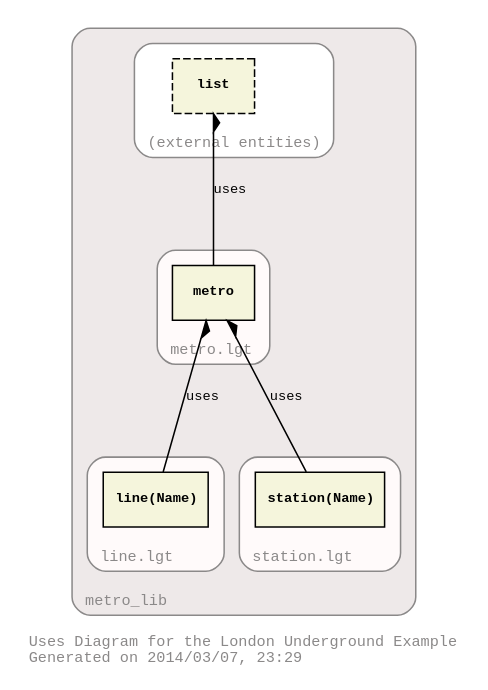
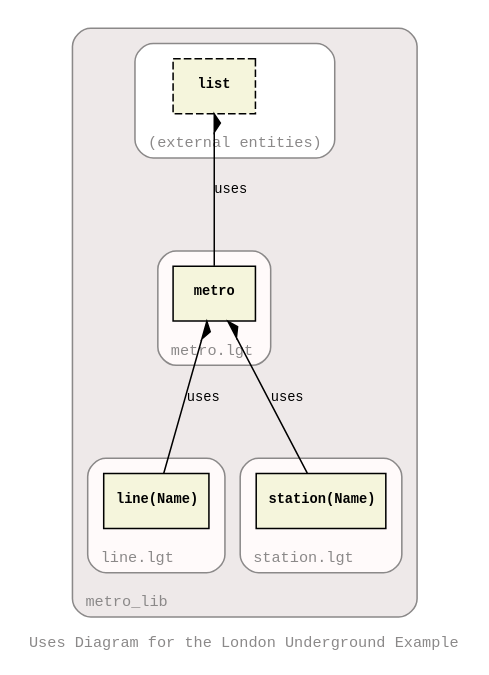
Before and after one commit to java-prolog-connectivity/jpc.examples: the diagram in src/main/resources/org/jpc/examples/metro/dot_diagrams/metro_lib_uses_diagram.dot, drawn with Graphviz. The commit also changed 2 other files, not shown here.

```diff
--- a/src/main/resources/org/jpc/examples/metro/dot_diagrams/metro_lib_uses_diagram.dot
+++ b/src/main/resources/org/jpc/examples/metro/dot_diagrams/metro_lib_uses_diagram.dot
@@ -1,89 +1,89 @@
 digraph metro_lib {
 rankdir="BT"
 ranksep="1.25"
 compound="true"
 splines="true"
 pack="true"
 clusterrank="local"
 labeljust="l"
 margin="1.0"
 fontname="Courier"
 fontsize="10"
 fontcolor="snow4"
 pencolor="snow4"
 node [shape="ellipse",style="filled",fillcolor="white",fontname="Courier",fontsize="9"]
 edge [fontname="Courier",fontsize="9"]
-label="Uses Diagram for the London Underground Example\lGenerated on 2014/03/07, 23:29\l"
+label="Uses Diagram for the London Underground Example\l"
 
 subgraph "cluster_library_metro_lib" {
 tooltip="/Users/sergioc/Documents/workspaces/heal/jpc_examples/src/main/resources/org/jpc/examples/metro/"
 bgcolor="snow2"
 style="rounded"
 margin="10"
 label="metro_lib"
 subgraph "cluster_file_/Users/sergioc/Documents/workspaces/heal/jpc_examples/src/main/resources/org/jpc/examples/metro/generate_docs.lgt" {
 tooltip="/Users/sergioc/Documents/workspaces/heal/jpc_examples/src/main/resources/org/jpc/examples/metro/generate_docs.lgt"
 bgcolor="snow"
 style="rounded"
 margin="10"
 label="generate_docs.lgt"
 }
 
 subgraph "cluster_file_/Users/sergioc/Documents/workspaces/heal/jpc_examples/src/main/resources/org/jpc/examples/metro/metro.lgt" {
 tooltip="/Users/sergioc/Documents/workspaces/heal/jpc_examples/src/main/resources/org/jpc/examples/metro/metro.lgt"
 bgcolor="snow"
 style="rounded"
 margin="10"
 label="metro.lgt"
 "metro" [shape="box",tooltip="prototype",style="filled",fillcolor="beige",label=<<B>metro</B>>]
 }
 
 subgraph "cluster_file_/Users/sergioc/Documents/workspaces/heal/jpc_examples/src/main/resources/org/jpc/examples/metro/station.lgt" {
 tooltip="/Users/sergioc/Documents/workspaces/heal/jpc_examples/src/main/resources/org/jpc/examples/metro/station.lgt"
 bgcolor="snow"
 style="rounded"
 margin="10"
 label="station.lgt"
 "station(Name)" [shape="box",tooltip="prototype",style="filled",fillcolor="beige",label=<<B>station(Name)</B>>]
 }
 
 subgraph "cluster_file_/Users/sergioc/Documents/workspaces/heal/jpc_examples/src/main/resources/org/jpc/examples/metro/line.lgt" {
 tooltip="/Users/sergioc/Documents/workspaces/heal/jpc_examples/src/main/resources/org/jpc/examples/metro/line.lgt"
 bgcolor="snow"
 style="rounded"
 margin="10"
 label="line.lgt"
 "line(Name)" [shape="box",tooltip="prototype",style="filled",fillcolor="beige",label=<<B>line(Name)</B>>]
 }
 
 subgraph "cluster_file_/Users/sergioc/Documents/workspaces/heal/jpc_examples/src/main/resources/org/jpc/examples/metro/generate_diagrams.lgt" {
 tooltip="/Users/sergioc/Documents/workspaces/heal/jpc_examples/src/main/resources/org/jpc/examples/metro/generate_diagrams.lgt"
 bgcolor="snow"
 style="rounded"
 margin="10"
 label="generate_diagrams.lgt"
 }
 
 subgraph "cluster_file_/Users/sergioc/Documents/workspaces/heal/jpc_examples/src/main/resources/org/jpc/examples/metro/load_all.lgt" {
 tooltip="/Users/sergioc/Documents/workspaces/heal/jpc_examples/src/main/resources/org/jpc/examples/metro/load_all.lgt"
 bgcolor="snow"
 style="rounded"
 margin="10"
 label="load_all.lgt"
 }
 
 subgraph "cluster_other" {
 tooltip="(external entities)"
 bgcolor="white"
 style="rounded"
 margin="10"
 label="(external entities)"
 "list" [shape="box",tooltip="prototype",style="filled,dashed",fillcolor="beige",label=<<B>list</B>>]
 }
 
 "metro" -> "list" [arrowhead="rdiamond",tooltip="uses",label=<<![CDATA[uses]]><BR/>>]
 "station(Name)" -> "metro" [arrowhead="rdiamond",tooltip="uses",label=<<![CDATA[uses]]><BR/>>]
 "line(Name)" -> "metro" [arrowhead="rdiamond",tooltip="uses",label=<<![CDATA[uses]]><BR/>>]
 }
 
 }
```
